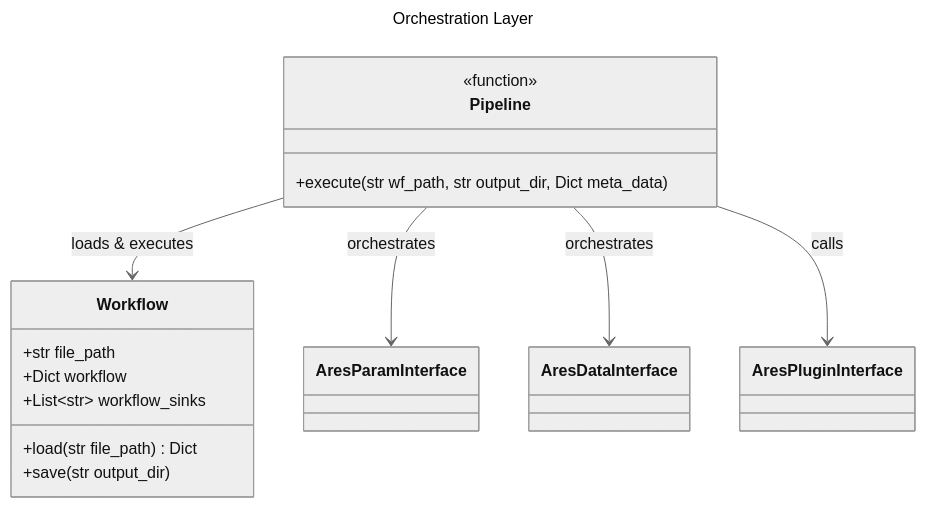
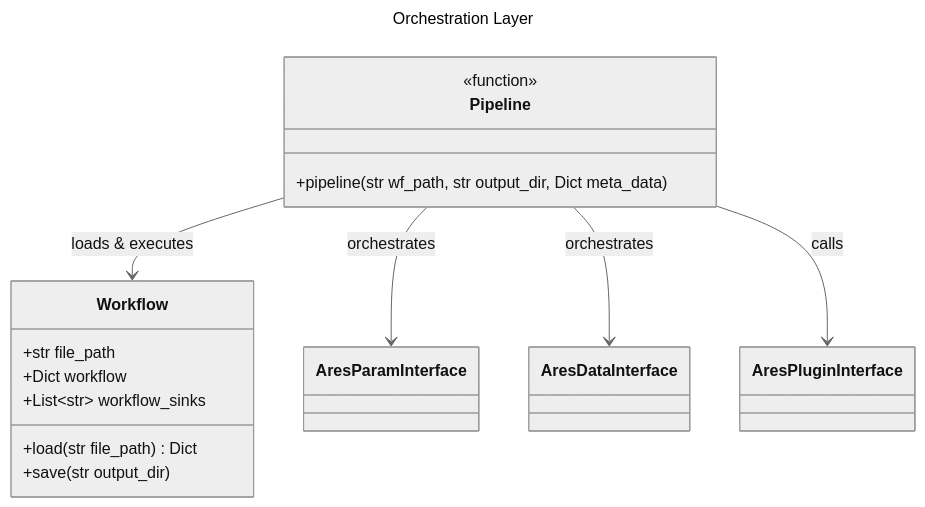
The second of 5 diagrams in architecture.md (olympus-tools/ARES), drawn with Mermaid (neutral theme) before and after one commit. The commit also changed other lines of this file and 2 other files, not shown here.

````diff
--- a/architecture.md
+++ b/architecture.md
@@ -73,23 +78,23 @@
 ```mermaid
 ---
 title: Orchestration Layer
 ---
 classDiagram
     class Pipeline{
         <<function>>
-        +execute(str wf_path, str output_dir, Dict meta_data)
+        +pipeline(str wf_path, str output_dir, Dict meta_data)
     }
 
     class Workflow{
         +str file_path
         +Dict workflow
         +List~str~ workflow_sinks
         +load(str file_path) Dict
         +save(str output_dir)
     }
 
     Pipeline --> Workflow : loads & executes
     Pipeline --> AresParamInterface : orchestrates
     Pipeline --> AresDataInterface : orchestrates
     Pipeline --> AresPluginInterface : calls
 ```
````
